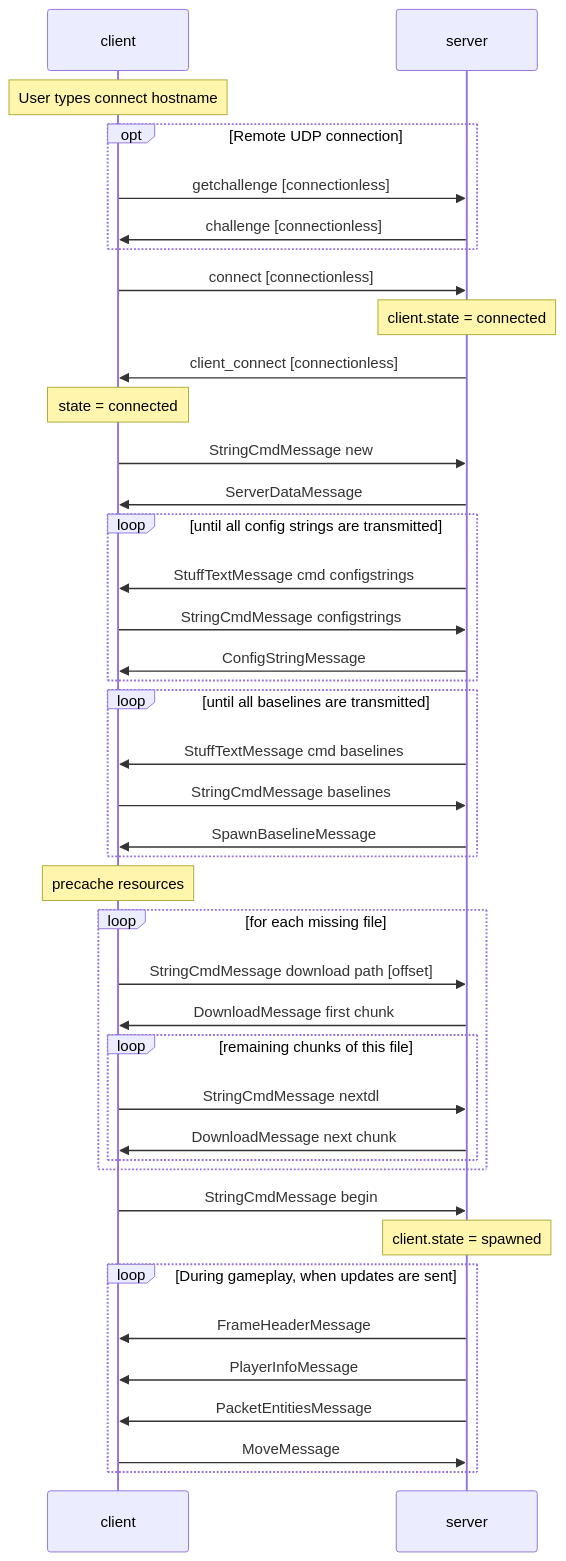
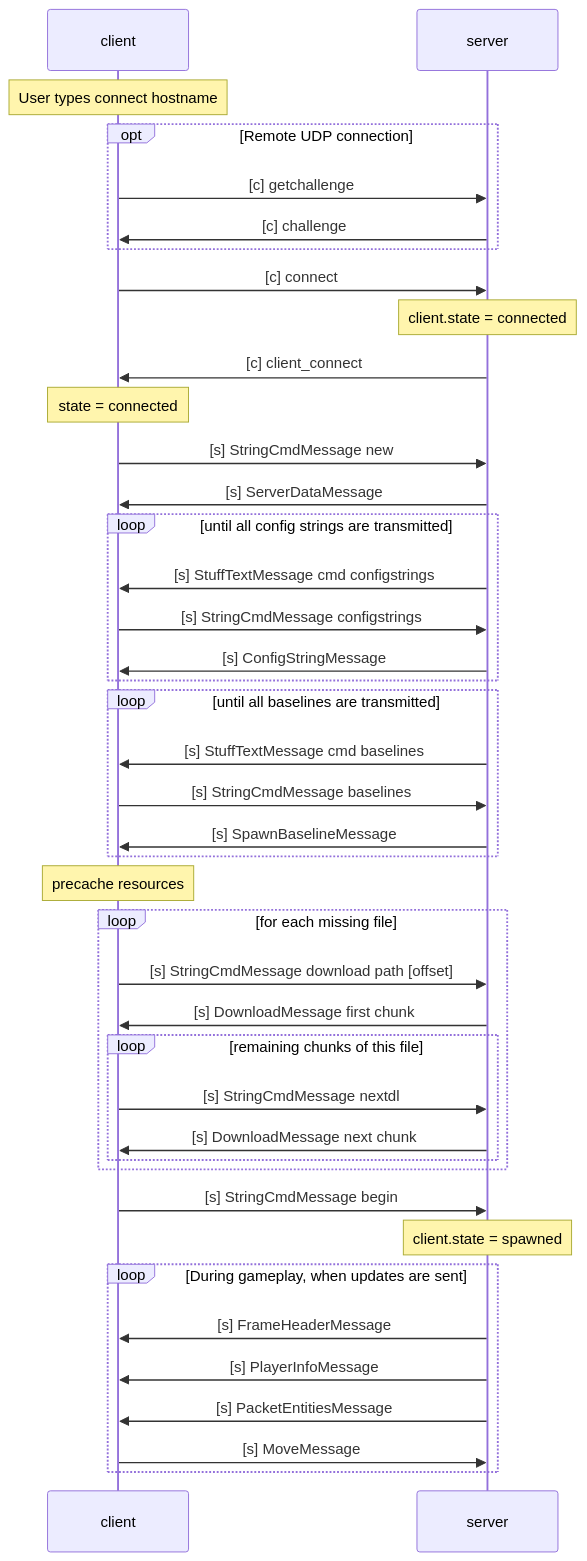
The diagram in info/Networking.md (demoth/jake2), drawn with Mermaid before and after one commit. The commit also changed other lines of this file, not shown here.

Commit message:
Label sequenced and connectionless traffic in connection diagram

````diff
--- a/info/Networking.md
+++ b/info/Networking.md
@@ -109,48 +112,48 @@
 ```mermaid
 sequenceDiagram
     participant client
     participant server
 
     Note over client: User types connect hostname
     opt Remote UDP connection
-        client->>server: getchallenge [connectionless]
-        server->>client: challenge [connectionless]
+        client->>server: [c] getchallenge
+        server->>client: [c] challenge
     end
-    client->>server: connect [connectionless]
+    client->>server: [c] connect
     Note over server: client.state = connected
-    server->>client: client_connect [connectionless]
+    server->>client: [c] client_connect
     Note over client: state = connected
-    client->>server: StringCmdMessage new
-    server->>client: ServerDataMessage
+    client->>server: [s] StringCmdMessage new
+    server->>client: [s] ServerDataMessage
 
     loop until all config strings are transmitted
-        server->>client: StuffTextMessage cmd configstrings
-        client->>server: StringCmdMessage configstrings
-        server->>client: ConfigStringMessage
+        server->>client: [s] StuffTextMessage cmd configstrings
+        client->>server: [s] StringCmdMessage configstrings
+        server->>client: [s] ConfigStringMessage
     end
 
     loop until all baselines are transmitted
-        server->>client: StuffTextMessage cmd baselines
-        client->>server: StringCmdMessage baselines
-        server->>client: SpawnBaselineMessage
+        server->>client: [s] StuffTextMessage cmd baselines
+        client->>server: [s] StringCmdMessage baselines
+        server->>client: [s] SpawnBaselineMessage
     end
     Note over client: precache resources
     loop for each missing file
-        client->>server: StringCmdMessage download path [offset]
-        server->>client: DownloadMessage first chunk
+        client->>server: [s] StringCmdMessage download path [offset]
+        server->>client: [s] DownloadMessage first chunk
         loop remaining chunks of this file
-            client->>server: StringCmdMessage nextdl
-            server->>client: DownloadMessage next chunk
+            client->>server: [s] StringCmdMessage nextdl
+            server->>client: [s] DownloadMessage next chunk
         end
     end
 
-    client->>server: StringCmdMessage begin
+    client->>server: [s] StringCmdMessage begin
     Note over server: client.state = spawned
 
     loop During gameplay, when updates are sent
-        server->>client: FrameHeaderMessage
-        server->>client: PlayerInfoMessage
-        server->>client: PacketEntitiesMessage
-        client->>server: MoveMessage
+        server->>client: [s] FrameHeaderMessage
+        server->>client: [s] PlayerInfoMessage
+        server->>client: [s] PacketEntitiesMessage
+        client->>server: [s] MoveMessage
     end
 ```
````
